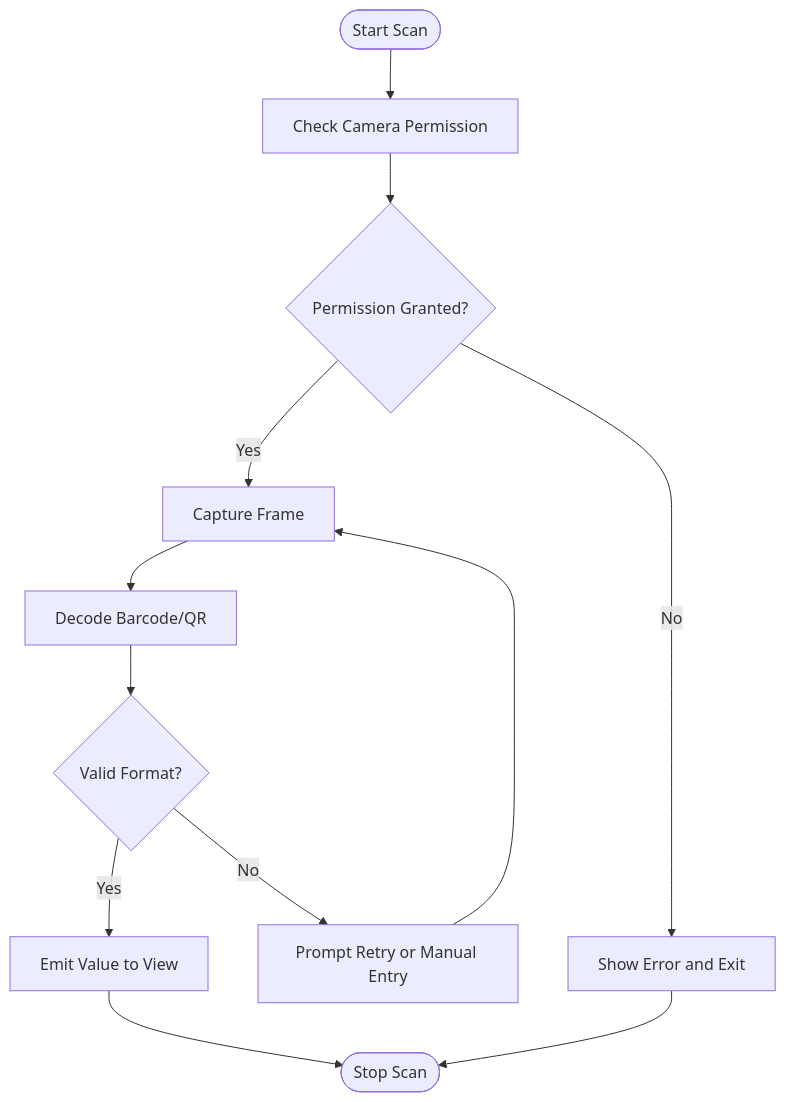
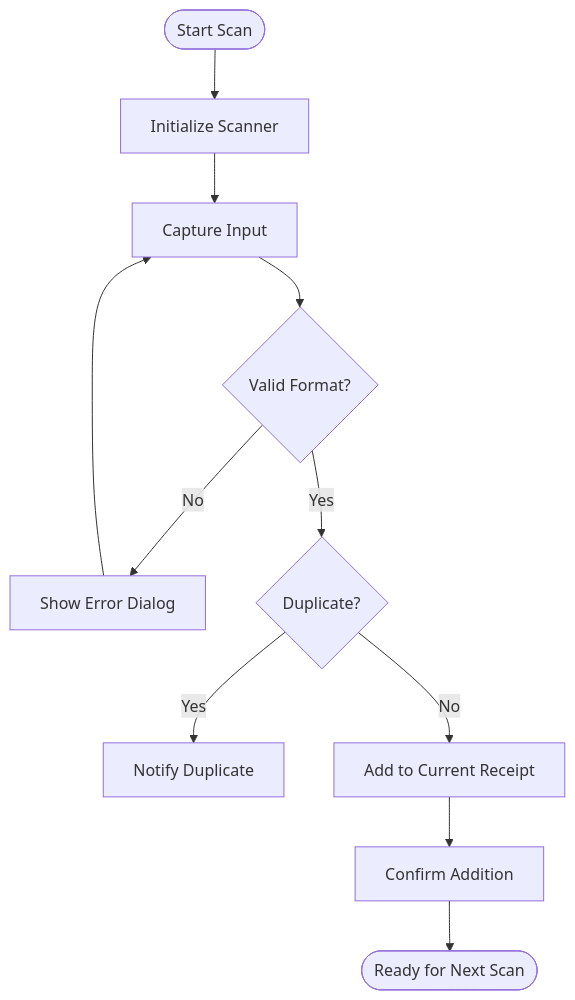
The third of 9 diagrams in .qoder/repowiki/en/content/Core Features/Core Features.md (weiserman/ahm-gr-scanner-light-mode), drawn with Mermaid before and after one commit. The commit also changed other lines of this file and 183 other files, not shown here.

````diff
--- a/.qoder/repowiki/en/content/Core Features/Core Features.md
+++ b/.qoder/repowiki/en/content/Core Features/Core Features.md
@@ -239,14 +193,13 @@
 ```mermaid
 flowchart TD
-Start(["Start Scan"]) --> CheckPerm["Check Camera Permission"]
-CheckPerm --> PermOK{"Permission Granted?"}
-PermOK --> |No| ShowErr["Show Error and Exit"]
-PermOK --> |Yes| Capture["Capture Frame"]
-Capture --> Decode["Decode Barcode/QR"]
-Decode --> Valid{"Valid Format?"}
-Valid --> |No| Retry["Prompt Retry or Manual Entry"]
-Valid --> |Yes| Emit["Emit Value to View"]
-Emit --> End(["Stop Scan"])
-ShowErr --> End
-Retry --> Capture
+Start(["Start Scan"]) --> Init["Initialize Scanner"]
+Init --> Capture["Capture Input"]
+Capture --> Valid{"Valid Format?"}
+Valid --> |No| ShowError["Show Error Dialog"]
+ShowError --> Capture
+Valid --> |Yes| Dedup{"Duplicate?"}
+Dedup --> |Yes| NotifyDup["Notify Duplicate"]
+Dedup --> |No| AddItem["Add to Current Receipt"]
+AddItem --> Confirm["Confirm Addition"]
+Confirm --> End(["Ready for Next Scan"])
 ```
````
